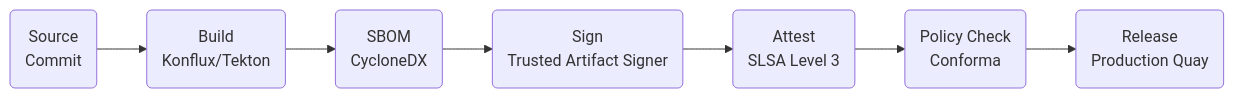
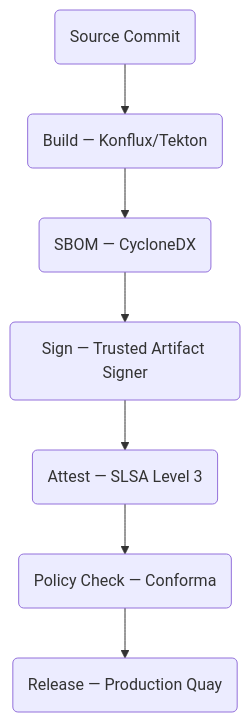
One commit to rhpds/konflux-tssc-lab changed the diagram in content/modules/ROOT/pages/module-01-orientation.adoc. Above: the diagram before and after it, drawn with Mermaid.

Commit message:
fix: switch Mermaid diagram to TD layout for better readability

```diff
--- a/content/modules/ROOT/pages/module-01-orientation.adoc
+++ b/content/modules/ROOT/pages/module-01-orientation.adoc
@@ -40,11 +40,10 @@
 [mermaid]
 ....
-%%{init: {'flowchart': {'useMaxWidth': true}}}%%
-flowchart LR
-    A("Source\nCommit") --> B("Build\nKonflux/Tekton")
-    B --> C("SBOM\nCycloneDX")
-    C --> D("Sign\nTrusted Artifact Signer")
-    D --> E("Attest\nSLSA Level 3")
-    E --> F("Policy Check\nConforma")
-    F --> G("Release\nProduction Quay")
+flowchart TD
+    A("Source Commit") --> B("Build — Konflux/Tekton")
+    B --> C("SBOM — CycloneDX")
+    C --> D("Sign — Trusted Artifact Signer")
+    D --> E("Attest — SLSA Level 3")
+    E --> F("Policy Check — Conforma")
+    F --> G("Release — Production Quay")
 ....
```
